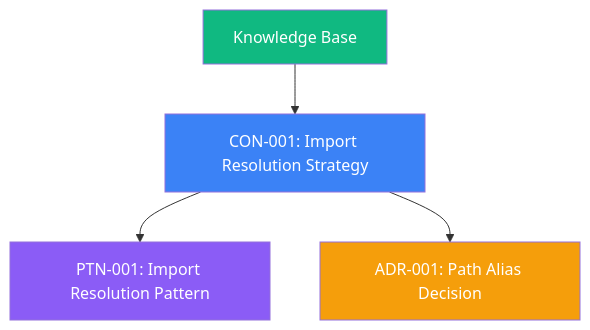
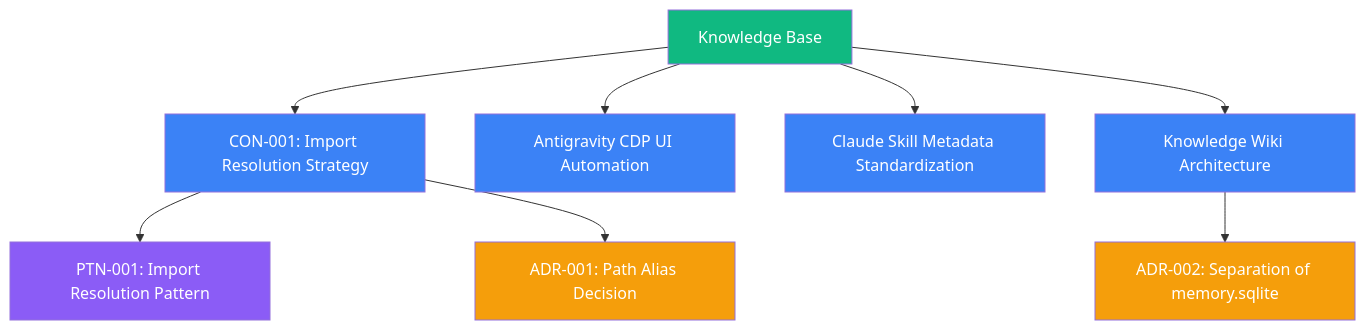
Before and after one commit to pikakit/agent-skills: the diagram in .agent/knowledge/_graph.md, drawn with Mermaid. The commit also changed other lines of this file and 1 other file, not shown here.

Commit message:
docs(knowledge): run knowledge compile on 4 session signals to create foundational concepts

````diff
--- a/.agent/knowledge/_graph.md
+++ b/.agent/knowledge/_graph.md
@@ -10,10 +9,22 @@
 ```mermaid
 graph TD
     ROOT["Knowledge Base"] --> CON001["CON-001: Import Resolution Strategy"]
     CON001 --> PTN001["PTN-001: Import Resolution Pattern"]
     CON001 --> ADR001["ADR-001: Path Alias Decision"]
+    
+    ROOT --> CON002["Antigravity CDP UI Automation"]
+    ROOT --> CON003["Claude Skill Metadata Standardization"]
+    ROOT --> CON004["Knowledge Wiki Architecture"]
+    
+    CON004 --> ADR002["ADR-002: Separation of memory.sqlite"]
+    
     style ROOT fill:#10b981,color:#fff
     style CON001 fill:#3b82f6,color:#fff
+    style CON002 fill:#3b82f6,color:#fff
+    style CON003 fill:#3b82f6,color:#fff
+    style CON004 fill:#3b82f6,color:#fff
+    
     style PTN001 fill:#8b5cf6,color:#fff
     style ADR001 fill:#f59e0b,color:#fff
+    style ADR002 fill:#f59e0b,color:#fff
 ```
````
